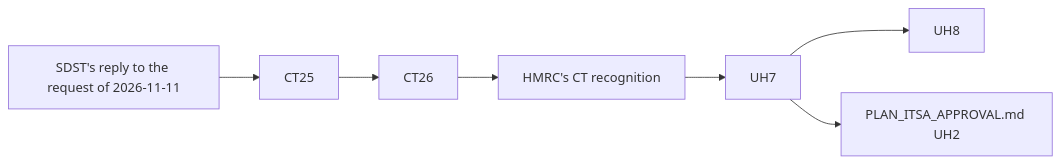
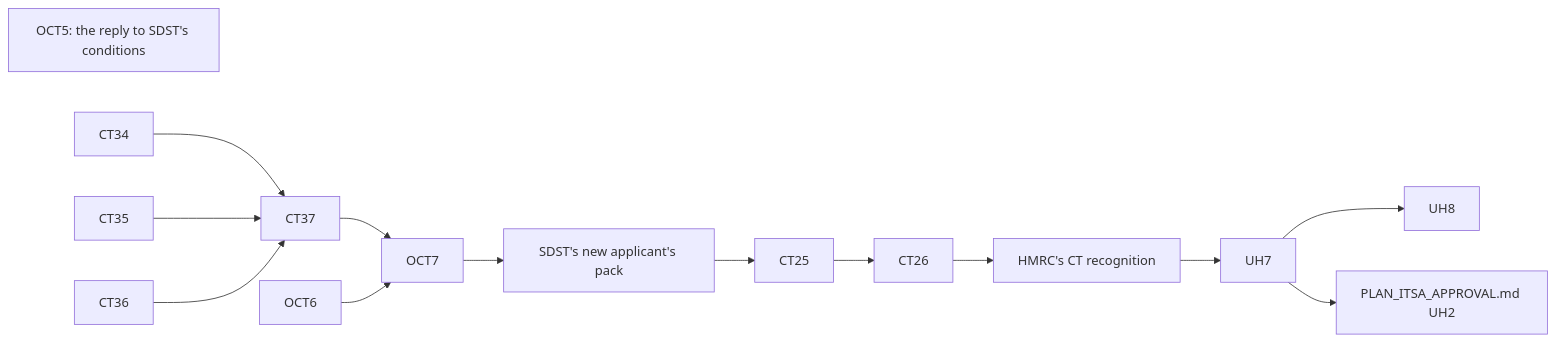
The diagram in PLAN_HMRC_CT_APPROVAL.md (diy-accounting-uk/submit.diyaccounting.co.uk), drawn with Mermaid before and after one commit. The commit also changed other lines of this file and 1 other file, not shown here.

First line of the commit message:
Board: SDST's three conditions for Corporation Tax recognition become CT34 to CT37 and OCT5 to OCT7

````diff
--- a/PLAN_HMRC_CT_APPROVAL.md
+++ b/PLAN_HMRC_CT_APPROVAL.md
@@ -57,9 +96,16 @@
 ```mermaid
 flowchart LR
-    SDST["SDST's reply to the request of 2026-11-11"] --> CT25
+    OCT5["OCT5: the reply to SDST's conditions"]
+    CT34 --> CT37
+    CT35 --> CT37
+    CT36 --> CT37
+    CT37 --> OCT7
+    OCT6 --> OCT7
+    OCT7 --> SDST["SDST's new applicant's pack"]
+    SDST --> CT25
     CT25 --> CT26
     CT26 --> REC["HMRC's CT recognition"]
     REC --> UH7
     UH7 --> UH8
     UH7 --> UH2["PLAN_ITSA_APPROVAL.md UH2"]
 ```
````
